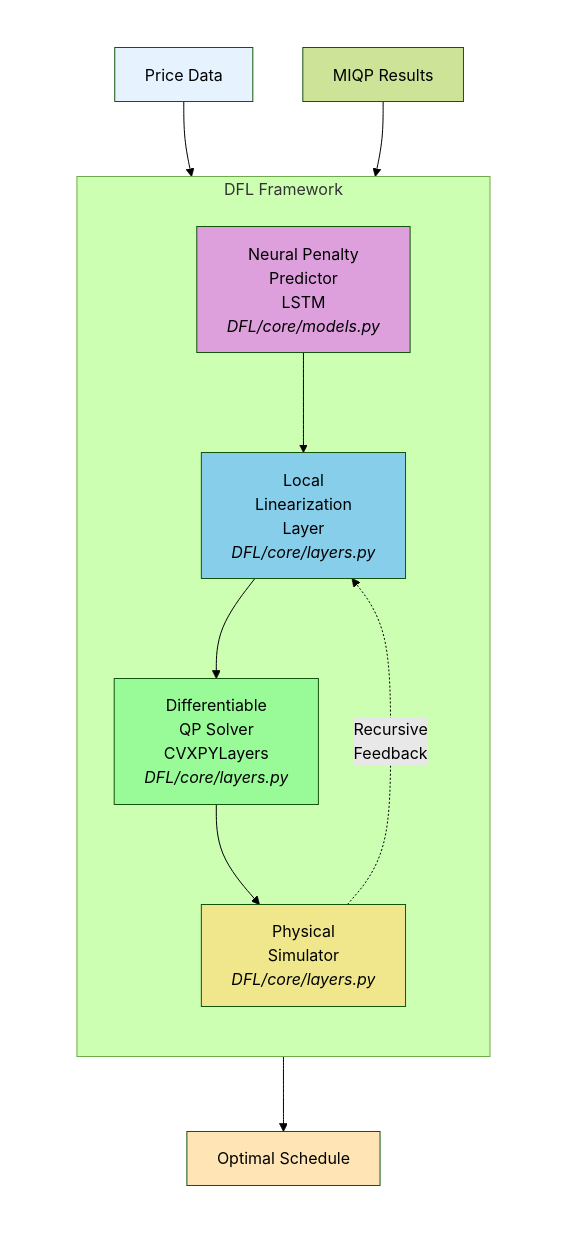
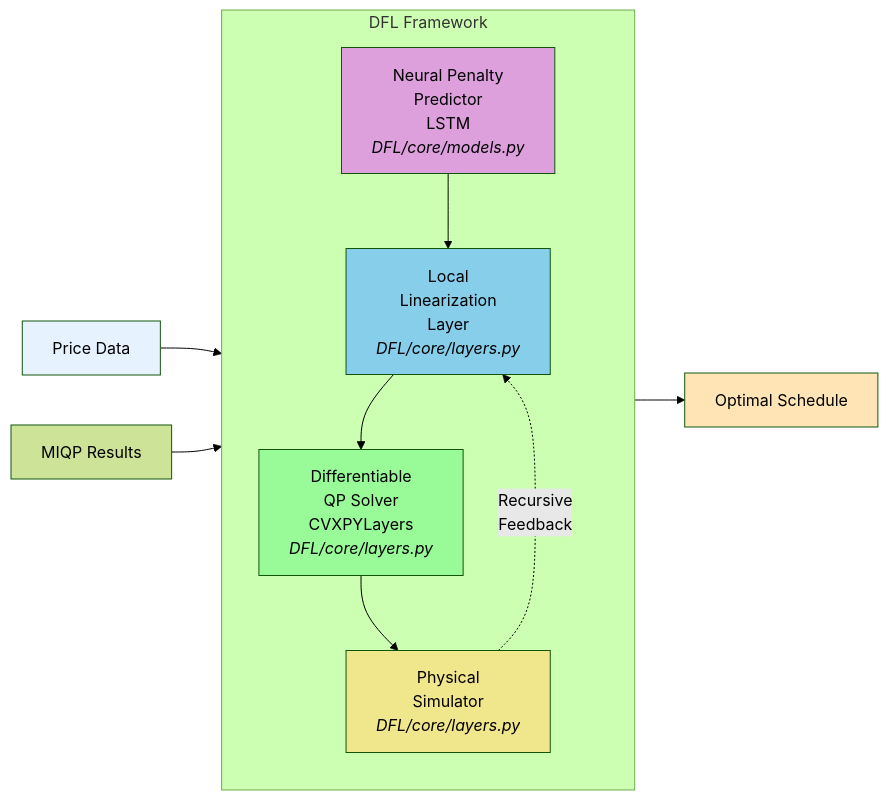
The second of 2 diagrams in README.md (SOLARIS-JHU/DFL-UPHES), drawn with Mermaid (forest theme) before and after one commit. The commit also changed other lines of this file, not shown here.

````diff
--- a/README.md
+++ b/README.md
@@ -359,24 +356,21 @@
 ```mermaid
 flowchart LR
-    subgraph WhiteBoard [" "]
-        subgraph DFL["DFL Framework"]
-            direction TB
-            A[Neural Penalty<br/>Predictor<br/>LSTM<br/><i>DFL/core/models.py</i>] --> B[Local<br/>Linearization<br/>Layer<br/><i>DFL/core/layers.py</i>]
-            B --> C[Differentiable<br/>QP Solver<br/>CVXPYLayers<br/><i>DFL/core/layers.py</i>]
-            C --> D[Physical<br/>Simulator<br/><i>DFL/core/layers.py</i>]
-            D -.Recursive<br/>Feedback.-> B
-        end
-
-        Input[Price Data] --> DFL
-        MIQP[MIQP Results] --> DFL
-        DFL --> Output[Optimal Schedule]
+    subgraph DFL["DFL Framework"]
+        direction TB
+        A[Neural Penalty<br/>Predictor<br/>LSTM<br/><i>DFL/core/models.py</i>] --> B[Local<br/>Linearization<br/>Layer<br/><i>DFL/core/layers.py</i>]
+        B --> C[Differentiable<br/>QP Solver<br/>CVXPYLayers<br/><i>DFL/core/layers.py</i>]
+        C --> D[Physical<br/>Simulator<br/><i>DFL/core/layers.py</i>]
+        D -.Recursive<br/>Feedback.-> B
     end
 
-    style WhiteBoard fill:#ffffff,stroke:#ffffff
+    Input[Price Data] --> DFL
+    MIQP[MIQP Results] --> DFL
+    DFL --> Output[Optimal Schedule]
+
     style A fill:#DDA0DD
     style B fill:#87CEEB
     style C fill:#98FB98
     style D fill:#F0E68C
     style Input fill:#E6F3FF
     style Output fill:#FFE4B5
 ```
````
